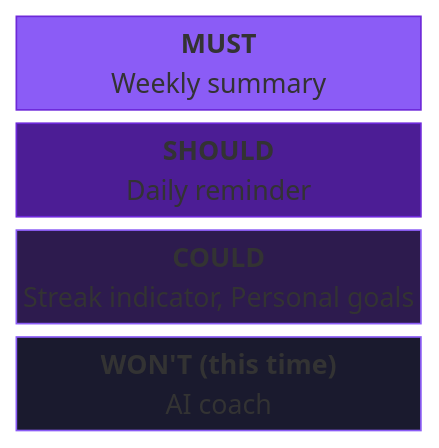
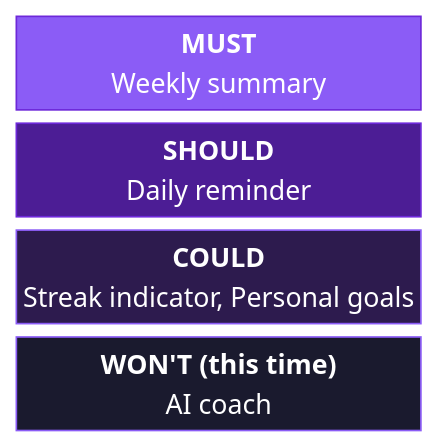
Before and after one commit to gorvis/book-pm-management: the second of 2 diagrams in artifacts/examples/chapter4-lab-complete-example.md, drawn with Mermaid. The commit also changed 52 other files, not shown here.

````diff
--- a/artifacts/examples/chapter4-lab-complete-example.md
+++ b/artifacts/examples/chapter4-lab-complete-example.md
@@ -83,13 +83,13 @@
 ```mermaid
 block-beta
     columns 1
-    Must["<b>MUST</b><br>Weekly summary"]
-    Should["<b>SHOULD</b><br>Daily reminder"]
-    Could["<b>COULD</b><br>Streak indicator, Personal goals"]
-    Wont["<b>WON'T (this time)</b><br>AI coach"]
+    Must["<b style='color:#FFFFFF'>MUST</b><br><span style='color:#FFFFFF'>Weekly summary</span>"]
+    Should["<b style='color:#FFFFFF'>SHOULD</b><br><span style='color:#FFFFFF'>Daily reminder</span>"]
+    Could["<b style='color:#FFFFFF'>COULD</b><br><span style='color:#FFFFFF'>Streak indicator, Personal goals</span>"]
+    Wont["<b style='color:#FFFFFF'>WON'T (this time)</b><br><span style='color:#FFFFFF'>AI coach</span>"]
 
     style Must fill:#8B5CF6,stroke:#6D28D9,color:#FFFFFF
-    style Should fill:#4C1D95,stroke:#6D28D9,color:#F5F3FF
-    style Could fill:#2D1B4E,stroke:#8B5CF6,color:#E2E8F0
-    style Wont fill:#1A1A2E,stroke:#8B5CF6,color:#E2E8F0
+    style Should fill:#4C1D95,stroke:#6D28D9,color:#FFFFFF
+    style Could fill:#2D1B4E,stroke:#8B5CF6,color:#FFFFFF
+    style Wont fill:#1A1A2E,stroke:#8B5CF6,color:#FFFFFF
 ```
````
